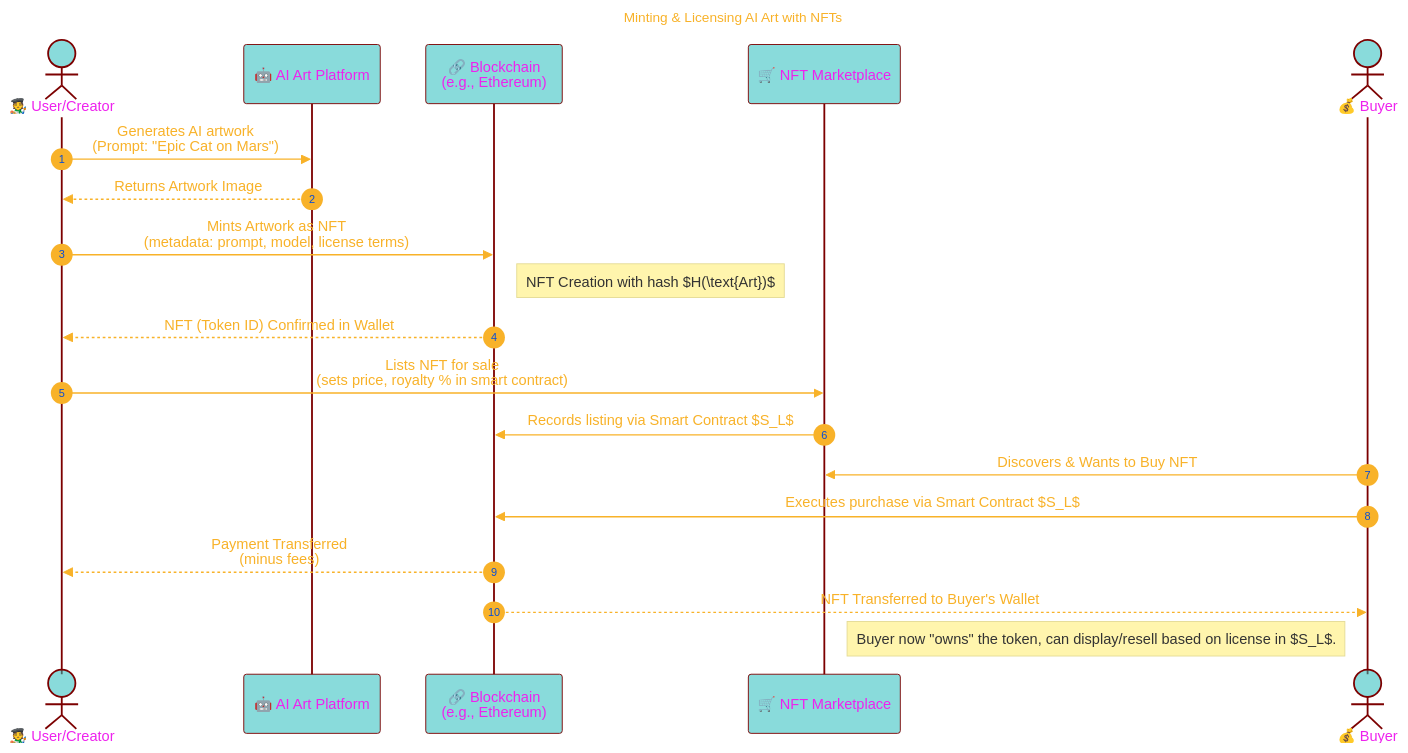
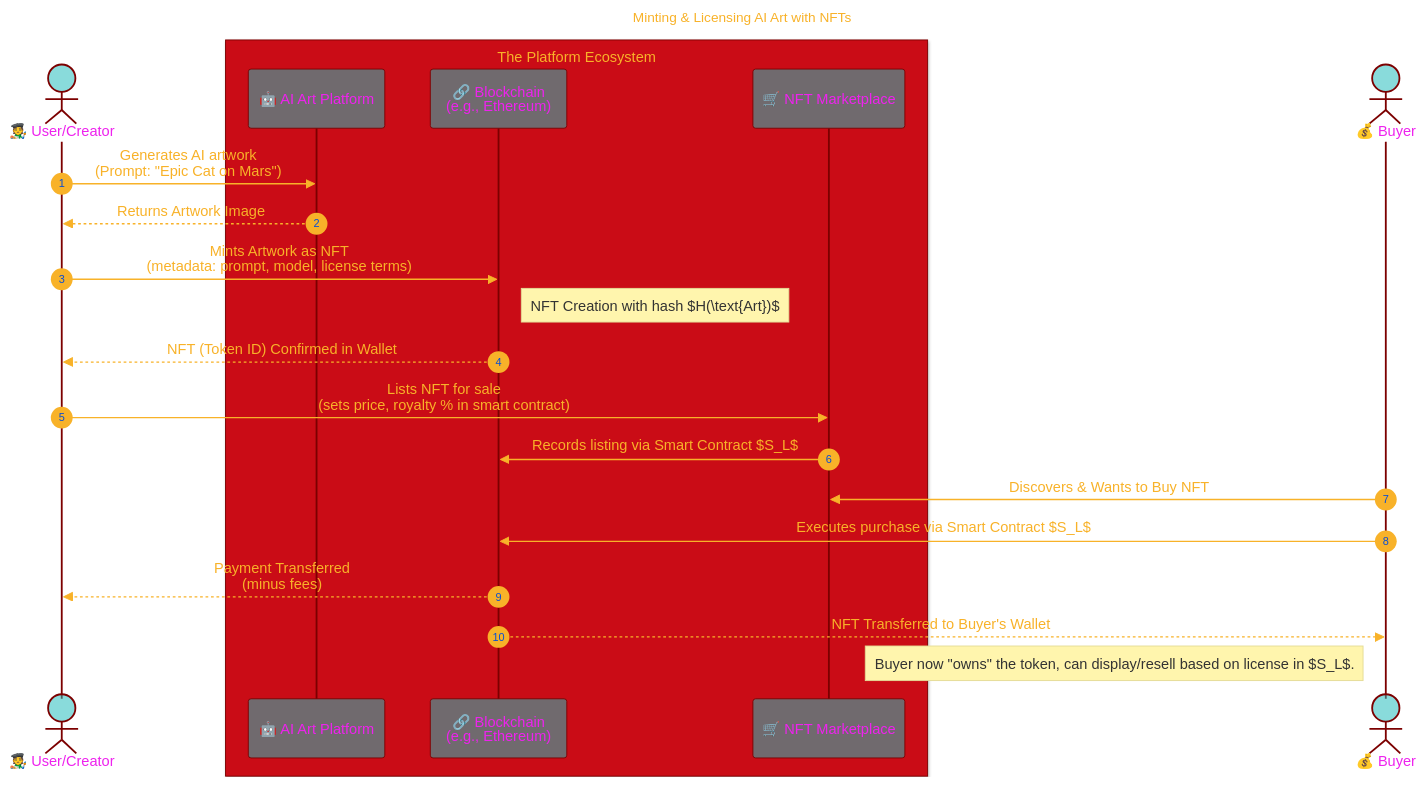
The sixth of 7 diagrams in THE_PAST/PART-4_Consolidated_info.md (CongLeSolutionX/Digital-Bedrock-Landscape), drawn with Mermaid before and after one commit.

````diff
--- a/THE_PAST/PART-4_Consolidated_info.md
+++ b/THE_PAST/PART-4_Consolidated_info.md
@@ -395,52 +395,54 @@
 ```mermaid
 ---
 title: "Minting & Licensing AI Art with NFTs"
 author: "Cong Le"
 version: "0.1"
 license(s): "MIT, CC BY 4.0"
 copyright: "Copyright (c) 2025 Cong Le. All Rights Reserved."
 config:
   layout: elk
   theme: base
 ---
 %%%%%%%% Mermaid version v11.4.1-b.14
 %%{
   init: {
     'sequence': { 'mirrorActors': true, 'showSequenceNumbers': true, 'actorMargin': 50 },
     'fontFamily': 'Monaco',
     'themeVariables': {
       'primaryColor': '#2BB8',
       'primaryBorderColor': '#7C0000',
       'lineColor': '#F8B229',
       'secondaryColor': '#6122',
       'tertiaryColor': '#fff',
       'fontSize': '15px',
       'textColor': '#F8B229',
       'actorTextColor': '#E2E',
       'stroke':'#033',
       'stroke-width': '0.2px'
     }
   }
 }%%
 sequenceDiagram
     actor User as 🧑‍🎨 User/Creator
-    participant AIP_Platform as 🤖 AI Art Platform
-    participant Blockchain as 🔗 Blockchain <br/>(e.g., Ethereum)
-    participant Marketplace as 🛒 NFT Marketplace
+	box rgb(202, 12, 22) The Platform Ecosystem
+    	participant AIP_Platform as 🤖 AI Art Platform
+    	participant Blockchain as 🔗 Blockchain <br/>(e.g., Ethereum)
+    	participant Marketplace as 🛒 NFT Marketplace
+	end
     actor Buyer as 💰 Buyer
 
     User->>AIP_Platform: Generates AI artwork <br/>(Prompt: "Epic Cat on Mars")
     AIP_Platform-->>User: Returns Artwork Image
     User->>Blockchain: Mints Artwork as NFT <br/>(metadata: prompt, model, license terms)
     Note right of Blockchain: NFT Creation with hash $H(\text{Art})$
     Blockchain-->>User: NFT (Token ID) Confirmed in Wallet
 
     User->>Marketplace: Lists NFT for sale <br/>(sets price, royalty % in smart contract)
     Marketplace->>Blockchain: Records listing via Smart Contract $S_L$
 
     Buyer->>Marketplace: Discovers & Wants to Buy NFT
     Buyer->>Blockchain: Executes purchase via Smart Contract $S_L$
     Blockchain-->>User: Payment Transferred <br/>(minus fees)
     Blockchain-->>Buyer: NFT Transferred to Buyer's Wallet
     Note left of Buyer: Buyer now "owns" the token, can display/resell based on license in $S_L$.
 ```
````
